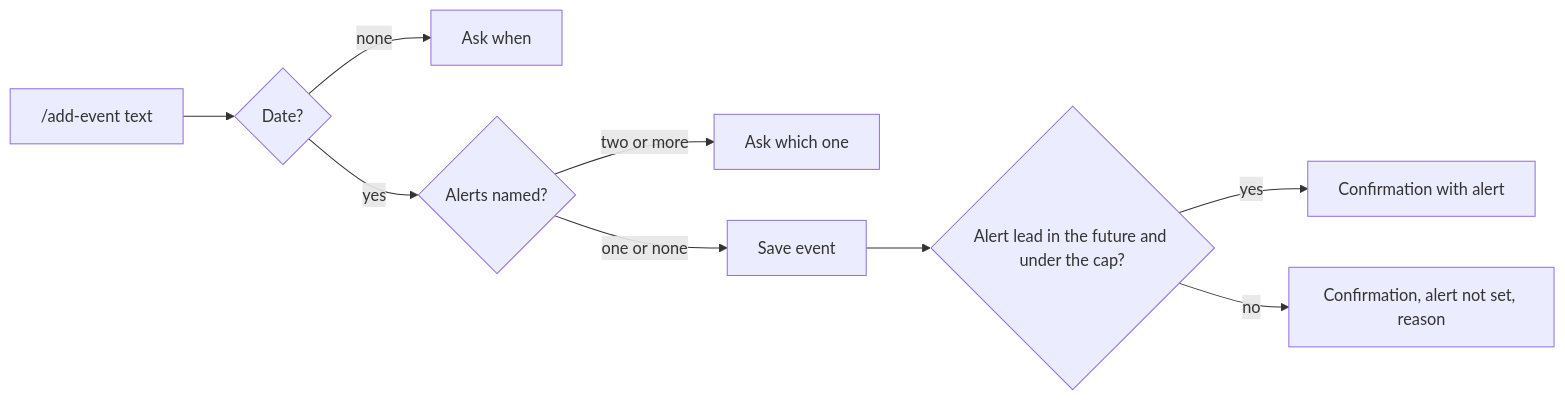
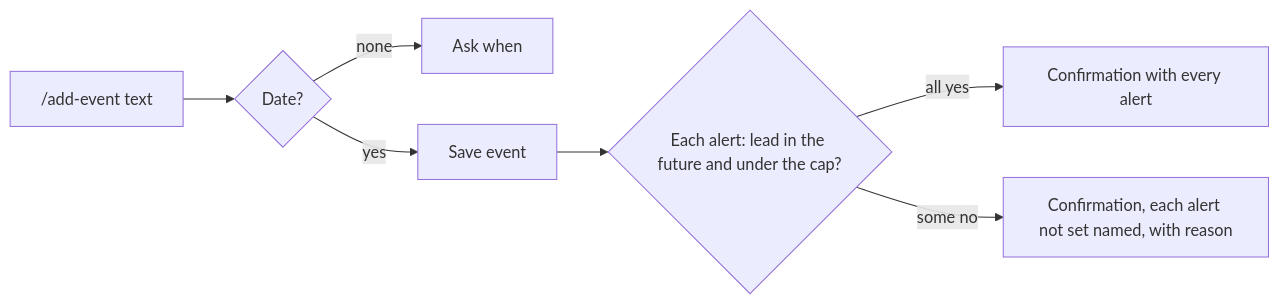
The diagram in process-docs/007-events/02-design.md (SSC369/slashit), drawn with Mermaid before and after one commit. The commit also changed other lines of this file and 16 other files, not shown here.

````diff
--- a/process-docs/007-events/02-design.md
+++ b/process-docs/007-events/02-design.md
@@ -86,11 +91,9 @@
 ```mermaid
 flowchart LR
   C["/add-event text"] --> D{Date?}
   D -- none --> Q1[Ask when]
-  D -- yes --> A{Alerts named?}
-  A -- two or more --> Q2[Ask which one]
-  A -- one or none --> S[Save event]
-  S --> L{Alert lead in the future and under the cap?}
-  L -- yes --> OK[Confirmation with alert]
-  L -- no --> NS[Confirmation, alert not set, reason]
+  D -- yes --> S[Save event]
+  S --> L{Each alert: lead in the future and under the cap?}
+  L -- all yes --> OK[Confirmation with every alert]
+  L -- some no --> NS[Confirmation, each alert not set named, with reason]
 ```
````
